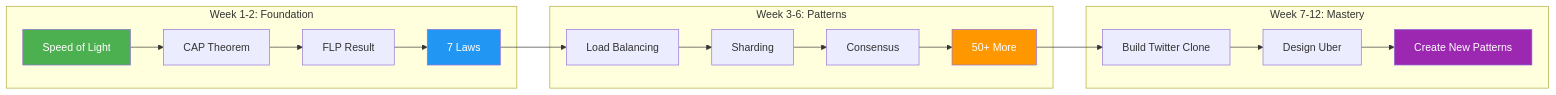
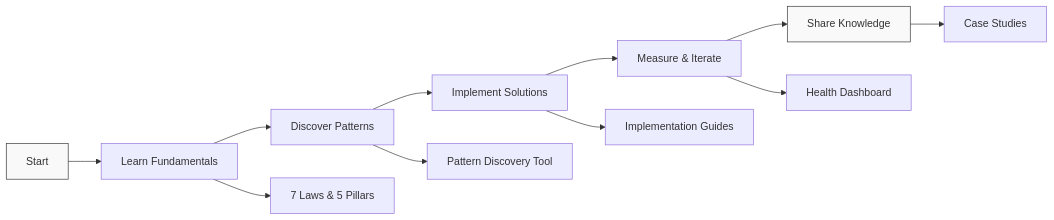
Before and after one commit to deepaucksharma/DStudio: the diagram in docs/index.md, drawn with Mermaid. The commit also changed other lines of this file and 29 other files, not shown here.

````diff
--- a/docs/index.md
+++ b/docs/index.md
@@ -20,26 +225,17 @@
 ```mermaid
 graph LR
-    subgraph "Week 1-2: Foundation"
-        A[Speed of Light] --> B[CAP Theorem]
-        B --> C[FLP Result]
-        C --> D[7 Laws]
-    end
+    A[Start] --> B[Learn Fundamentals]
+    B --> C[Discover Patterns]
+    C --> D[Implement Solutions]
+    D --> E[Measure & Iterate]
+    E --> F[Share Knowledge]
     
-    subgraph "Week 3-6: Patterns"
-        D --> E[Load Balancing]
-        E --> F[Sharding]
-        F --> G[Consensus]
-        G --> H[50+ More]
-    end
+    B --> G[7 Laws & 5 Pillars]
+    C --> H[Pattern Discovery Tool]
+    D --> I[Implementation Guides]
+    E --> J[Health Dashboard]
+    F --> K[Case Studies]
     
-    subgraph "Week 7-12: Mastery"
-        H --> I[Build Twitter Clone]
-        I --> J[Design Uber]
-        J --> K[Create New Patterns]
-    end
-    
-    style A fill:#4CAF50,color:#fff
-    style D fill:#2196F3,color:#fff
-    style H fill:#FF9800,color:#fff
-    style K fill:#9C27B0,color:#fff
+    style A fill:#f9f9f9,stroke:#333
+    style F fill:#f9f9f9,stroke:#333
 ```
````
